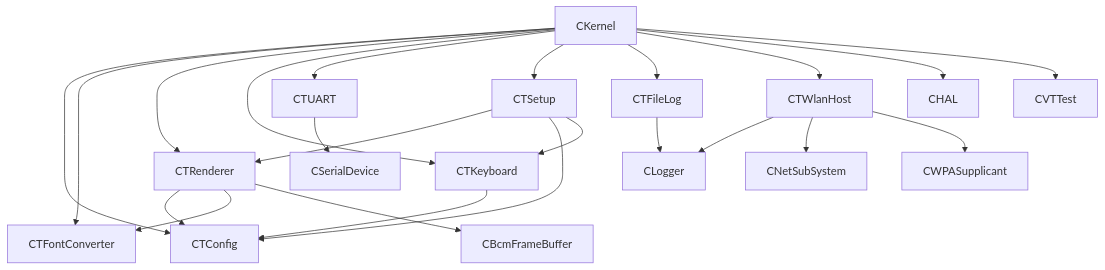
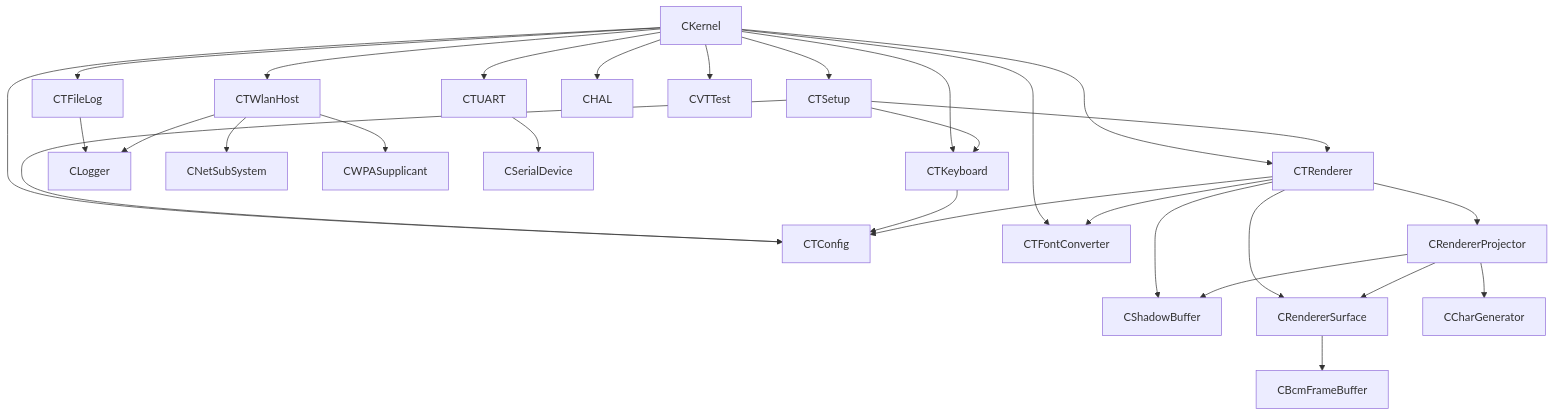
One commit to rzuehlsd/PiZero_VT100 changed the first of 4 diagrams in VT100/docs/VT100_Architecture.md. Above: the diagram before and after it, drawn with Mermaid. The commit also changed other lines of this file and 10 other files, not shown here.

````diff
--- a/VT100/docs/VT100_Architecture.md
+++ b/VT100/docs/VT100_Architecture.md
@@ -63,29 +67,35 @@
 ```mermaid
 graph TD
   CKernel --> CTConfig
   CKernel --> CTFontConverter
   CKernel --> CTRenderer
   CKernel --> CTKeyboard
   CKernel --> CTUART
   CKernel --> CTSetup
   CKernel --> CTFileLog
   CKernel --> CTWlanHost
   CKernel --> CHAL
   CKernel --> CVTTest
 
   CTSetup --> CTRenderer
   CTSetup --> CTConfig
   CTSetup --> CTKeyboard
 
   CTKeyboard --> CTConfig
   CTRenderer --> CTConfig
   CTRenderer --> CTFontConverter
+  CTRenderer --> CShadowBuffer
+  CTRenderer --> CRendererProjector
+  CTRenderer --> CRendererSurface
+  CRendererProjector --> CShadowBuffer
+  CRendererProjector --> CRendererSurface
 
   CTFileLog --> CLogger
   CTWlanHost --> CLogger
   CTWlanHost --> CNetSubSystem
   CTWlanHost --> CWPASupplicant
 
   CTUART --> CSerialDevice
-  CTRenderer --> CBcmFrameBuffer
+  CRendererSurface --> CBcmFrameBuffer
+  CRendererProjector --> CCharGenerator
 ```
````
